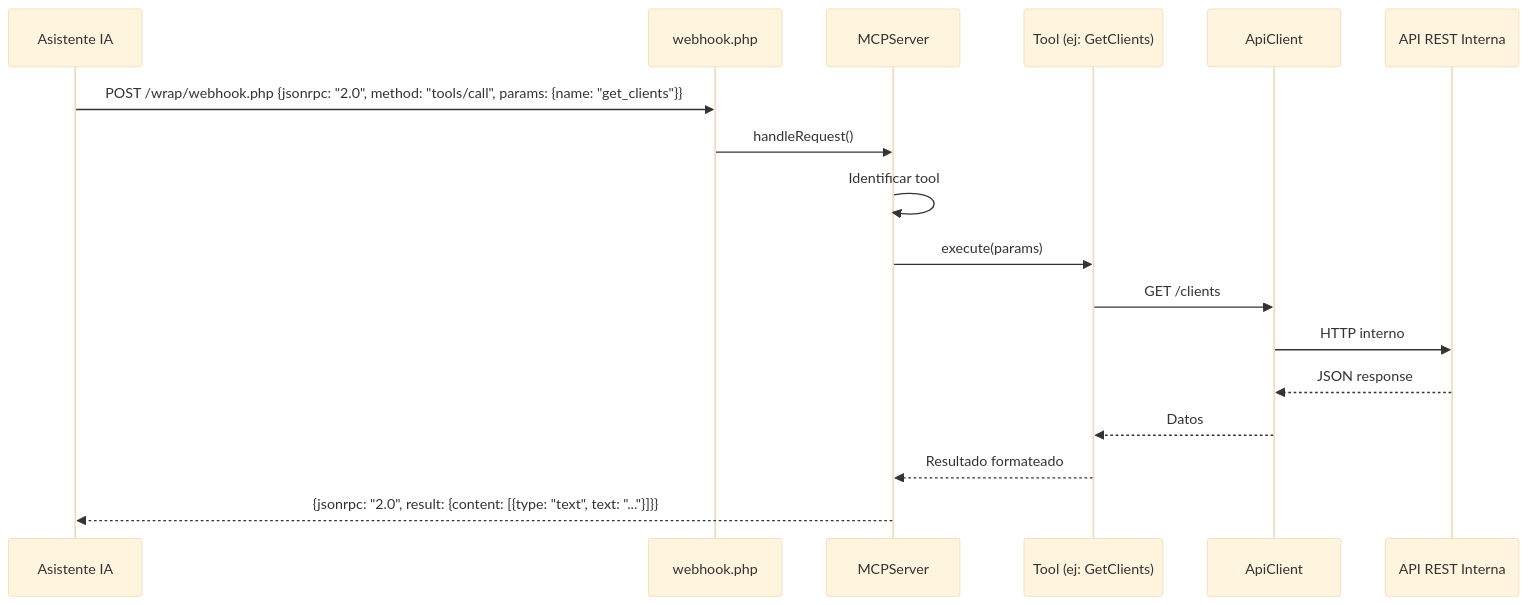
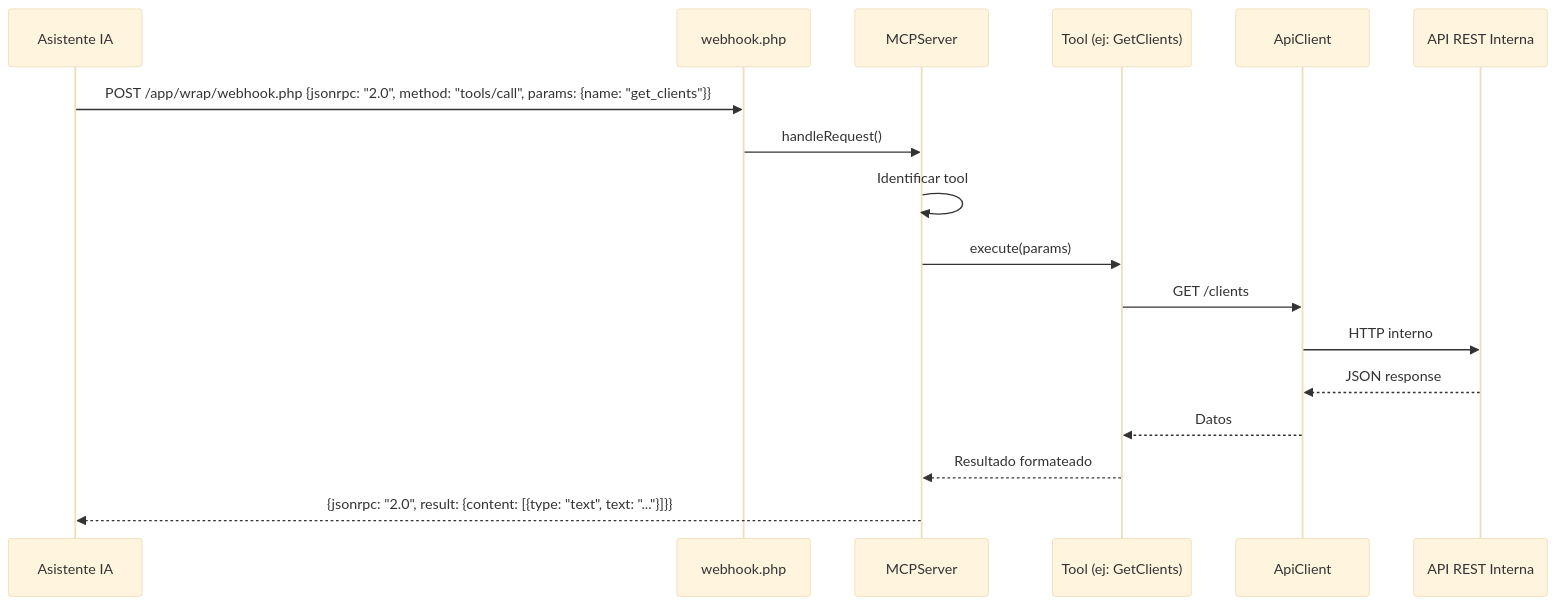
Before and after one commit to jfrem/AudFact: the second of 3 diagrams in plans/data-flows.md, drawn with Mermaid (base theme). The commit also changed other lines of this file and 19 other files, not shown here.

````diff
--- a/plans/data-flows.md
+++ b/plans/data-flows.md
@@ -54,20 +54,20 @@
 ```mermaid
 sequenceDiagram
     participant AI as Asistente IA
     participant WH as webhook.php
     participant MCP as MCPServer
     participant Tool as Tool (ej: GetClients)
     participant API as ApiClient
     participant REST as API REST Interna
 
-    AI->>WH: POST /wrap/webhook.php {jsonrpc: "2.0", method: "tools/call", params: {name: "get_clients"}}
+    AI->>WH: POST /app/wrap/webhook.php {jsonrpc: "2.0", method: "tools/call", params: {name: "get_clients"}}
     WH->>MCP: handleRequest()
     MCP->>MCP: Identificar tool
     MCP->>Tool: execute(params)
     Tool->>API: GET /clients
     API->>REST: HTTP interno
     REST-->>API: JSON response
     API-->>Tool: Datos
     Tool-->>MCP: Resultado formateado
     MCP-->>AI: {jsonrpc: "2.0", result: {content: [{type: "text", text: "..."}]}}
 ```
````
